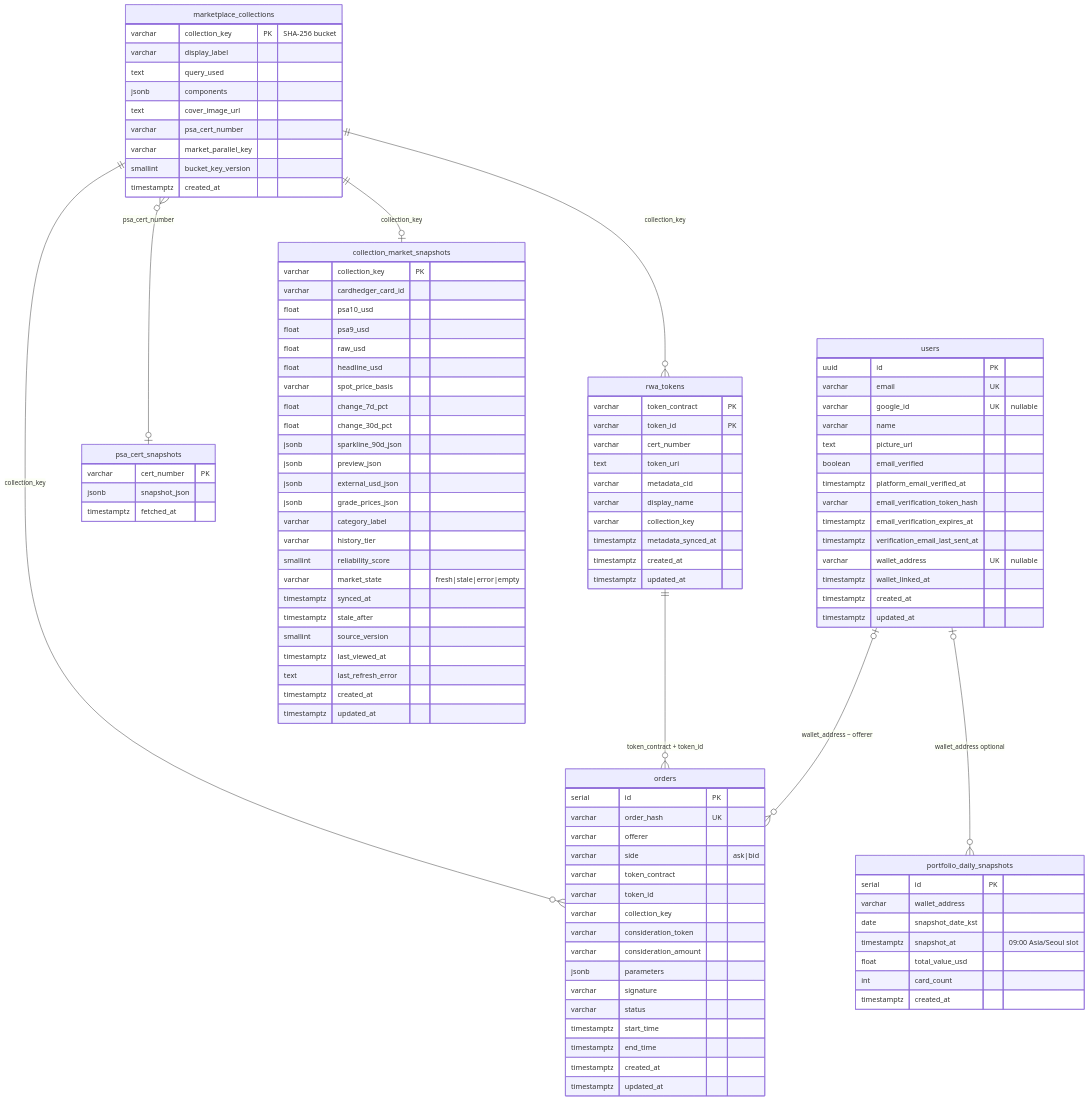
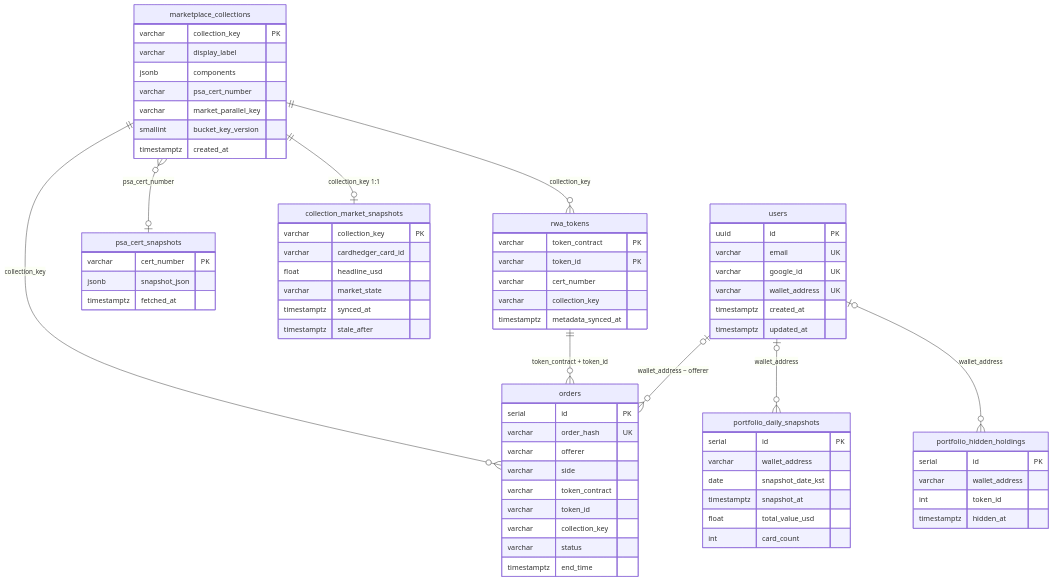
The first of 2 diagrams in docs/architecture/database.md (tokenable-dev/tokenable-dev), drawn with Mermaid before and after one commit. The commit also changed other lines of this file and 124 other files, not shown here.

Commit message:
fix: ui&collection chart&mobile

````diff
--- a/docs/architecture/database.md
+++ b/docs/architecture/database.md
@@ -14,16 +43,8 @@
     users {
         uuid id PK
         varchar email UK
-        varchar google_id UK "nullable"
-        varchar name
-        text picture_url
-        boolean email_verified
-        timestamptz platform_email_verified_at
-        varchar email_verification_token_hash
-        timestamptz email_verification_expires_at
-        timestamptz verification_email_last_sent_at
-        varchar wallet_address UK "nullable"
-        timestamptz wallet_linked_at
+        varchar google_id UK
+        varchar wallet_address UK
         timestamptz created_at
         timestamptz updated_at
     }
@@ -35,11 +56,9 @@
     }
 
     marketplace_collections {
-        varchar collection_key PK "SHA-256 bucket"
+        varchar collection_key PK
         varchar display_label
-        text query_used
         jsonb components
-        text cover_image_url
         varchar psa_cert_number
         varchar market_parallel_key
         smallint bucket_key_version
@@ -49,77 +68,54 @@
     collection_market_snapshots {
         varchar collection_key PK
         varchar cardhedger_card_id
-        float psa10_usd
-        float psa9_usd
-        float raw_usd
         float headline_usd
-        varchar spot_price_basis
-        float change_7d_pct
-        float change_30d_pct
-        jsonb sparkline_90d_json
-        jsonb preview_json
-        jsonb external_usd_json
-        jsonb grade_prices_json
-        varchar category_label
-        varchar history_tier
-        smallint reliability_score
-        varchar market_state "fresh|stale|error|empty"
+        varchar market_state
         timestamptz synced_at
         timestamptz stale_after
-        smallint source_version
-        timestamptz last_viewed_at
-        text last_refresh_error
-        timestamptz created_at
-        timestamptz updated_at
     }
 
     rwa_tokens {
         varchar token_contract PK
         varchar token_id PK
         varchar cert_number
-        text token_uri
-        varchar metadata_cid
-        varchar display_name
         varchar collection_key
         timestamptz metadata_synced_at
-        timestamptz created_at
-        timestamptz updated_at
     }
 
     orders {
         serial id PK
         varchar order_hash UK
         varchar offerer
-        varchar side "ask|bid"
+        varchar side
         varchar token_contract
         varchar token_id
         varchar collection_key
-        varchar consideration_token
-        varchar consideration_amount
-        jsonb parameters
-        varchar signature
         varchar status
-        timestamptz start_time
         timestamptz end_time
-        timestamptz created_at
-        timestamptz updated_at
     }
 
     portfolio_daily_snapshots {
         serial id PK
         varchar wallet_address
         date snapshot_date_kst
-        timestamptz snapshot_at "09:00 Asia/Seoul slot"
+        timestamptz snapshot_at
         float total_value_usd
         int card_count
-        timestamptz created_at
     }
 
-    marketplace_collections ||--o| collection_market_snapshots : "collection_key"
+    portfolio_hidden_holdings {
+        serial id PK
+        varchar wallet_address
+        int token_id
+        timestamptz hidden_at
+    }
+
+    marketplace_collections ||--o| collection_market_snapshots : "collection_key 1:1"
     marketplace_collections ||--o{ orders : "collection_key"
     marketplace_collections ||--o{ rwa_tokens : "collection_key"
     marketplace_collections }o--o| psa_cert_snapshots : "psa_cert_number"
     rwa_tokens ||--o{ orders : "token_contract + token_id"
     users |o--o{ orders : "wallet_address ~ offerer"
-    users |o--o{ portfolio_daily_snapshots : "wallet_address optional"
+    users |o--o{ portfolio_daily_snapshots : "wallet_address"
+    users |o--o{ portfolio_hidden_holdings : "wallet_address"
 ```
````
